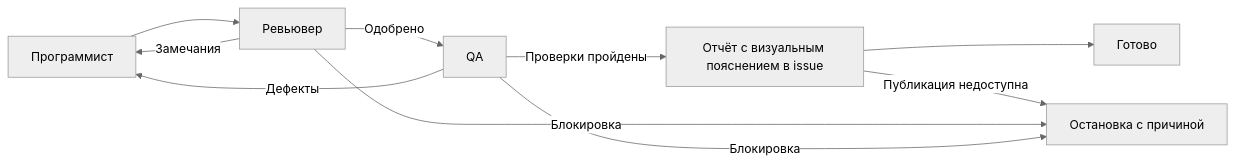
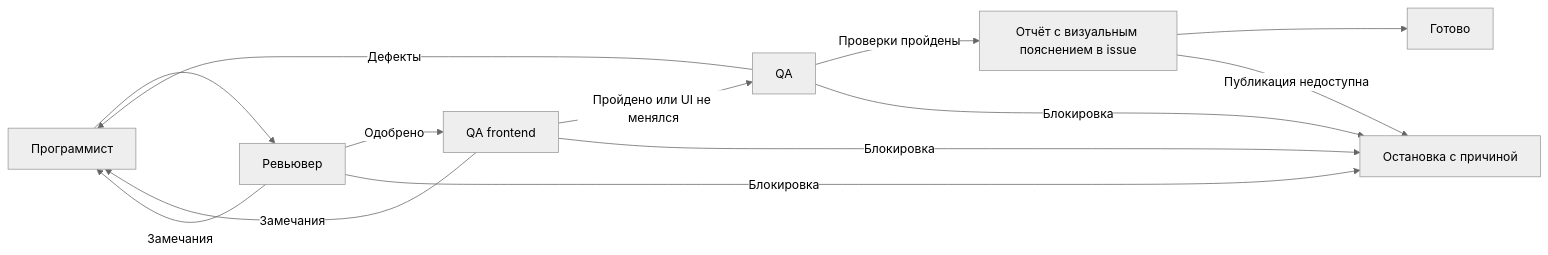
The diagram in examples/development-cycle.md (stray-live-pixel/Lawa), drawn with Mermaid (neutral theme) before and after one commit. The commit also changed other lines of this file and 7 other files, not shown here.

````diff
--- a/examples/development-cycle.md
+++ b/examples/development-cycle.md
@@ -6,12 +6,15 @@
 ```mermaid
 flowchart LR
     D[Программист] --> R[Ревьювер]
-    R -->|Одобрено| Q[QA]
+    R -->|Одобрено| U[QA frontend]
+    U -->|Пройдено или UI не менялся| Q[QA]
+    U -->|Замечания| D
+    U -->|Блокировка| F
     R -->|Замечания| D
     Q -->|Дефекты| D
     Q -->|Проверки пройдены| P[Отчёт с визуальным пояснением в issue]
     P --> S[Готово]
     P -->|Публикация недоступна| F
     R -->|Блокировка| F[Остановка с причиной]
     Q -->|Блокировка| F
 ```
````
